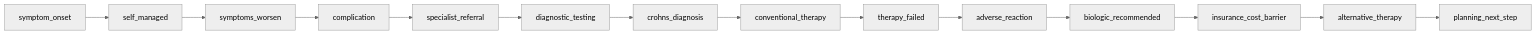
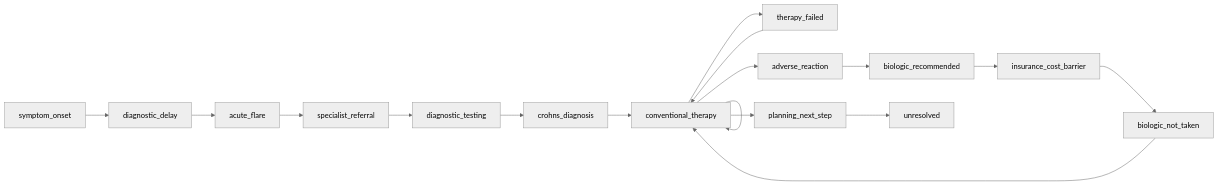
The fourth of 50 diagrams in docs/referral_pathways.md (carecodeconnect/crohnicity), drawn with Mermaid before and after one commit. The commit also changed other lines of this file and 136 other files, not shown here.

````diff
--- a/docs/referral_pathways.md
+++ b/docs/referral_pathways.md
@@ -126,31 +144,34 @@
 ``` mermaid
 %%{init: {'theme':'neutral'}}%%
 flowchart LR
     n0["symptom_onset"]
-    n1["self_managed"]
-    n2["symptoms_worsen"]
-    n3["complication"]
-    n4["specialist_referral"]
-    n5["diagnostic_testing"]
-    n6["crohns_diagnosis"]
-    n7["conventional_therapy"]
-    n8["therapy_failed"]
-    n9["adverse_reaction"]
-    n10["biologic_recommended"]
-    n11["insurance_cost_barrier"]
-    n12["alternative_therapy"]
-    n13["planning_next_step"]
+    n1["diagnostic_delay"]
+    n2["acute_flare"]
+    n3["specialist_referral"]
+    n4["diagnostic_testing"]
+    n5["crohns_diagnosis"]
+    n6["conventional_therapy"]
+    n7["therapy_failed"]
+    n8["adverse_reaction"]
+    n9["biologic_recommended"]
+    n10["insurance_cost_barrier"]
+    n11["biologic_not_taken"]
+    n12["planning_next_step"]
+    n13["unresolved"]
     n0 -->n1
     n1 -->n2
     n2 -->n3
     n3 -->n4
     n4 -->n5
     n5 -->n6
+    n6 -->n6
     n6 -->n7
-    n7 -->n8
+    n7 -->n6
+    n6 -->n8
     n8 -->n9
     n9 -->n10
     n10 -->n11
-    n11 -->n12
+    n11 -->n6
+    n6 -->n12
     n12 -->n13
 ```
````
